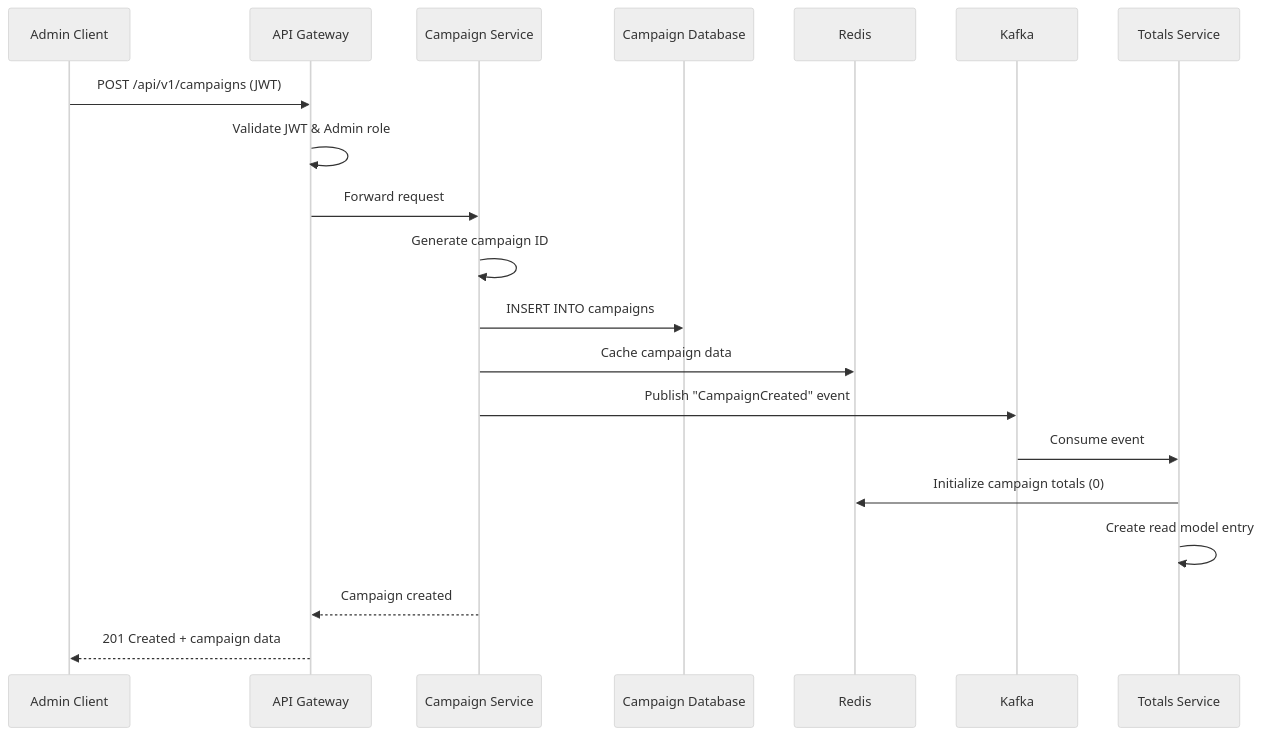
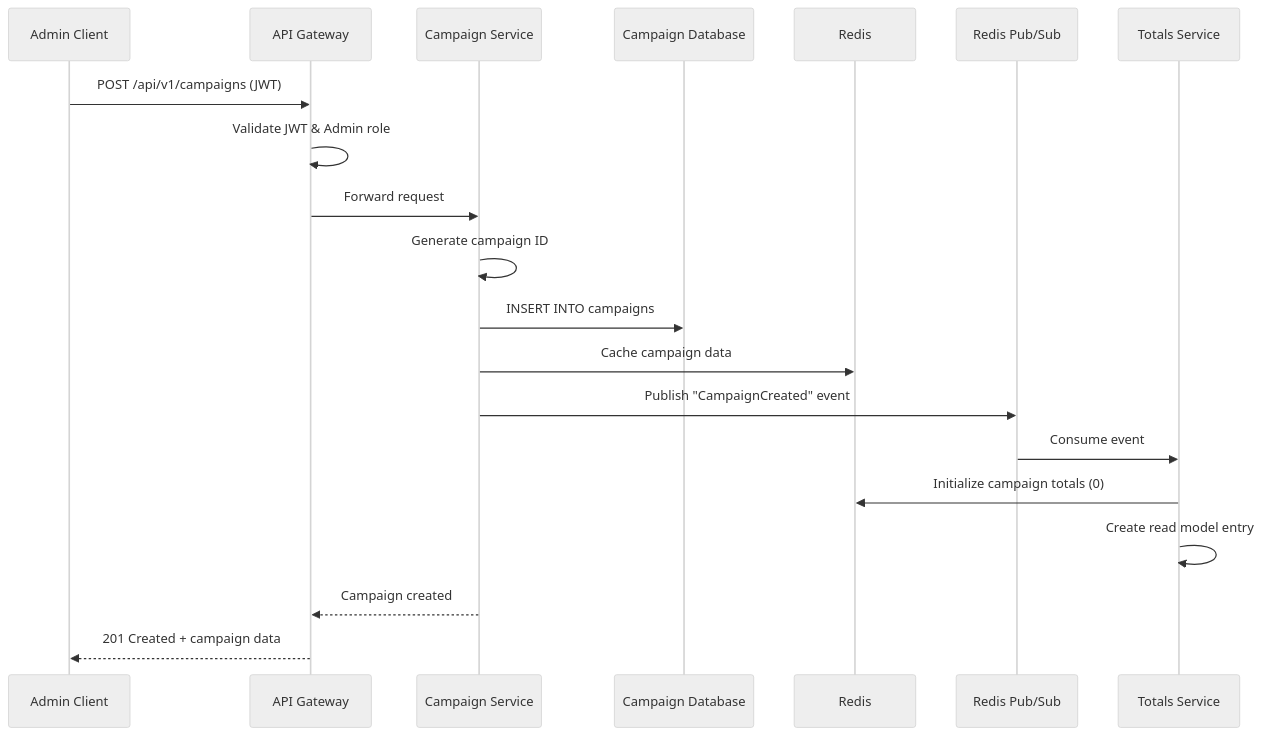
One commit to SM-Shaan/API_Hackathon_Innovatrix changed the third of 20 diagrams in docs/others/SYSTEM_FLOW.md. Above: the diagram before and after it, drawn with Mermaid (neutral theme). The commit also changed other lines of this file and 5 other files, not shown here.

First line of the commit message:
docs: add comprehensive architecture diagrams to README

````diff
--- a/docs/others/SYSTEM_FLOW.md
+++ b/docs/others/SYSTEM_FLOW.md
@@ -53,23 +53,23 @@
 ```mermaid
 sequenceDiagram
     participant Admin as Admin Client
     participant Gateway as API Gateway
     participant CampaignSvc as Campaign Service
     participant CampaignDB as Campaign Database
     participant Redis
-    participant Kafka
+    participant RedisPubSub as Redis Pub/Sub
     participant TotalsSvc as Totals Service
-    
+
     Admin->>Gateway: POST /api/v1/campaigns (JWT)
     Gateway->>Gateway: Validate JWT & Admin role
     Gateway->>CampaignSvc: Forward request
     CampaignSvc->>CampaignSvc: Generate campaign ID
     CampaignSvc->>CampaignDB: INSERT INTO campaigns
     CampaignSvc->>Redis: Cache campaign data
-    CampaignSvc->>Kafka: Publish "CampaignCreated" event
-    Kafka->>TotalsSvc: Consume event
+    CampaignSvc->>RedisPubSub: Publish "CampaignCreated" event
+    RedisPubSub->>TotalsSvc: Consume event
     TotalsSvc->>Redis: Initialize campaign totals (0)
     TotalsSvc->>TotalsSvc: Create read model entry
     CampaignSvc-->>Gateway: Campaign created
     Gateway-->>Admin: 201 Created + campaign data
 ```
````
